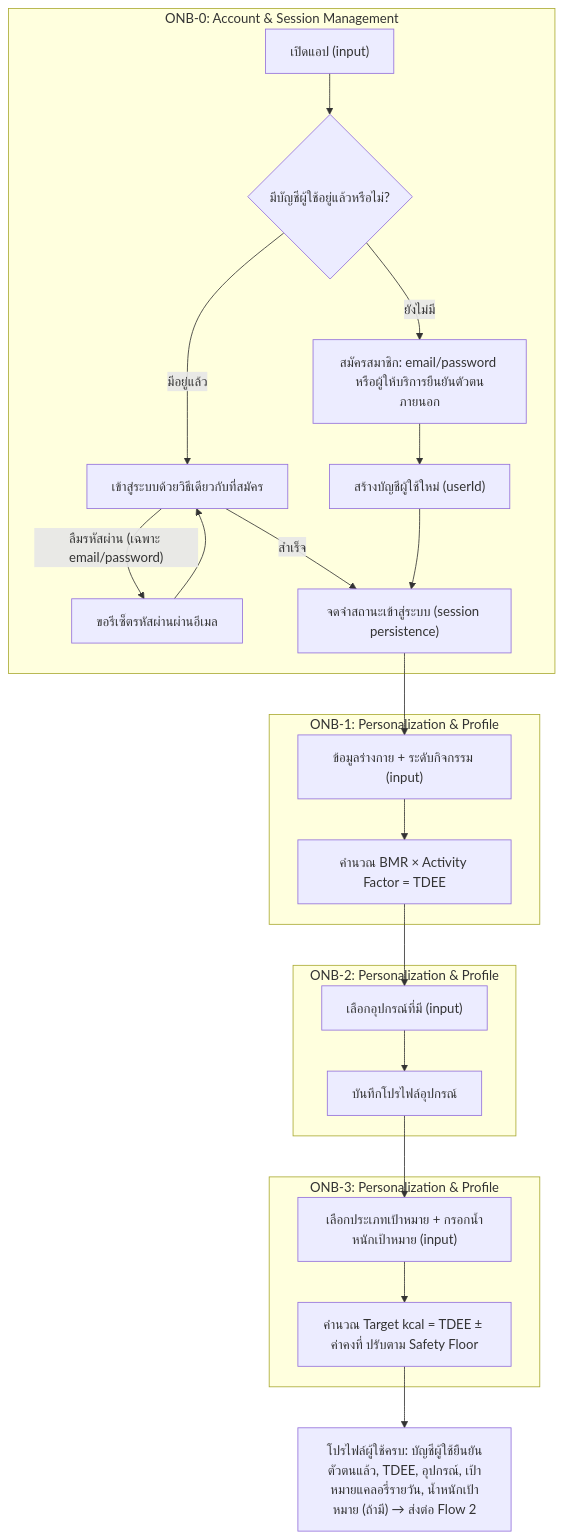
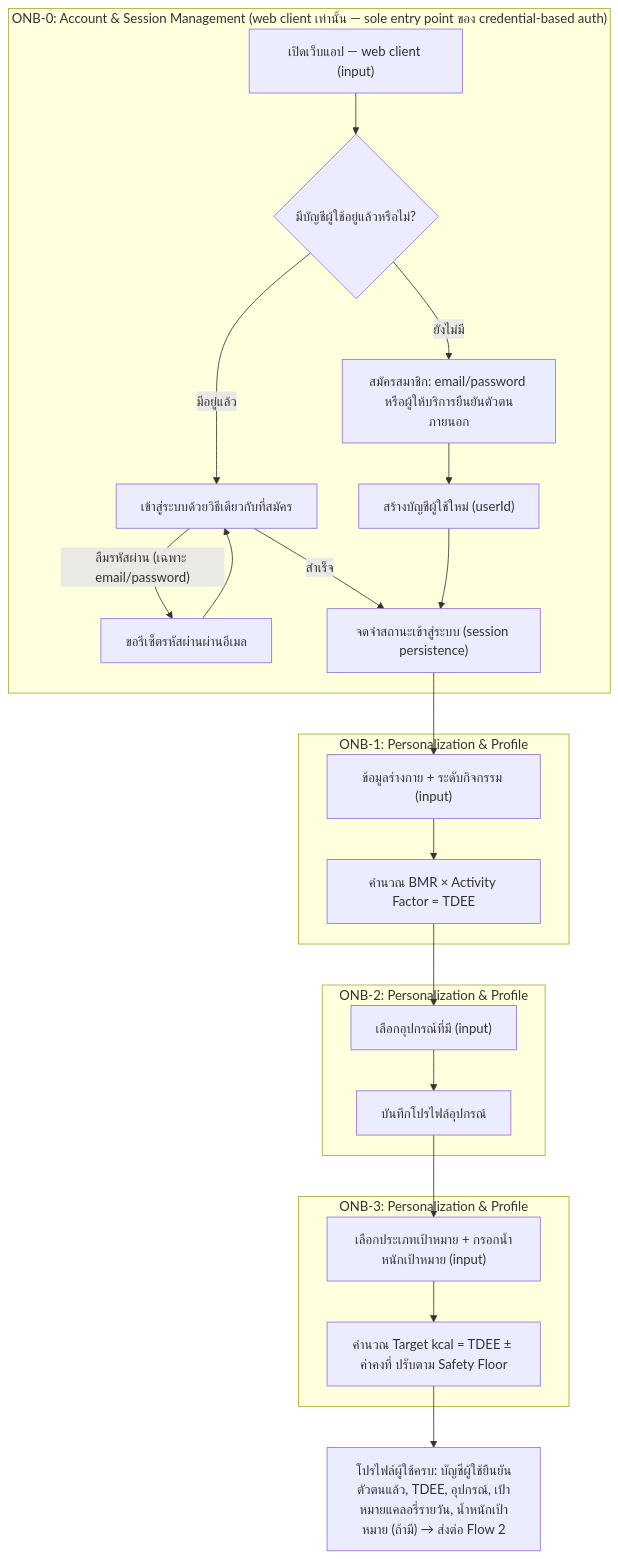
The second of 6 diagrams in docs/02-design/02-technical/high-level-architecture.md (Kikofah/smartFit_daily), drawn with Mermaid before and after one commit. The commit also changed other lines of this file and 22 other files, not shown here.

````diff
--- a/docs/02-design/02-technical/high-level-architecture.md
+++ b/docs/02-design/02-technical/high-level-architecture.md
@@ -184,26 +243,26 @@
 ```mermaid
 flowchart TD
-    subgraph ONB0["ONB-0: Account & Session Management"]
-        Z1["เปิดแอป (input)"] --> Z2{"มีบัญชีผู้ใช้อยู่แล้วหรือไม่?"}
+    subgraph ONB0["ONB-0: Account & Session Management (web client เท่านั้น — sole entry point ของ credential-based auth)"]
+        Z1["เปิดเว็บแอป — web client (input)"] --> Z2{"มีบัญชีผู้ใช้อยู่แล้วหรือไม่?"}
         Z2 -- ยังไม่มี --> Z3["สมัครสมาชิก: email/password หรือผู้ให้บริการยืนยันตัวตนภายนอก"]
         Z3 --> Z4["สร้างบัญชีผู้ใช้ใหม่ (userId)"]
         Z2 -- มีอยู่แล้ว --> Z5["เข้าสู่ระบบด้วยวิธีเดียวกับที่สมัคร"]
         Z5 -- ลืมรหัสผ่าน (เฉพาะ email/password) --> Z6["ขอรีเซ็ตรหัสผ่านผ่านอีเมล"]
         Z6 --> Z5
         Z5 -- สำเร็จ --> Z7["จดจำสถานะเข้าสู่ระบบ (session persistence)"]
         Z4 --> Z7
     end
     Z7 --> A1
     subgraph ONB1["ONB-1: Personalization & Profile"]
         A1["ข้อมูลร่างกาย + ระดับกิจกรรม (input)"] --> A2["คำนวณ BMR × Activity Factor = TDEE"]
     end
     subgraph ONB2["ONB-2: Personalization & Profile"]
         B1["เลือกอุปกรณ์ที่มี (input)"] --> B2["บันทึกโปรไฟล์อุปกรณ์"]
     end
     subgraph ONB3["ONB-3: Personalization & Profile"]
         C1["เลือกประเภทเป้าหมาย + กรอกน้ำหนักเป้าหมาย (input)"] --> C2["คำนวณ Target kcal = TDEE ± ค่าคงที่ ปรับตาม Safety Floor"]
     end
     A2 --> B1
     B2 --> C1
     C2 --> OUT["โปรไฟล์ผู้ใช้ครบ: บัญชีผู้ใช้ยืนยันตัวตนแล้ว, TDEE, อุปกรณ์, เป้าหมายแคลอรี่รายวัน, น้ำหนักเป้าหมาย (ถ้ามี) → ส่งต่อ Flow 2"]
 ```
````
